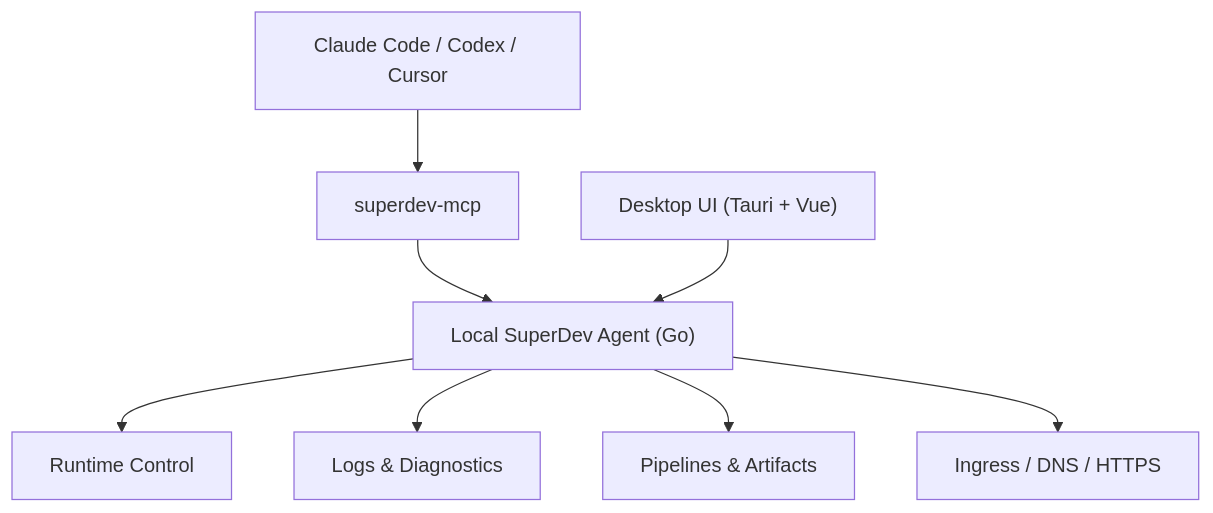
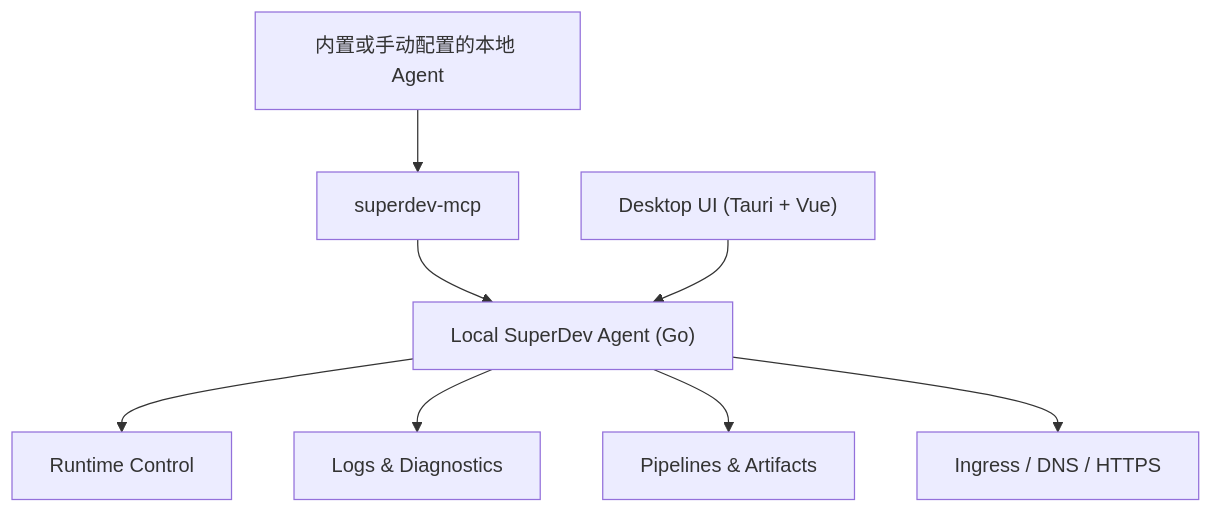
The diagram in README.zh-CN.md (Xsxdot/super-dev), drawn with Mermaid before and after one commit. The commit also changed other lines of this file and 31 other files, not shown here.

````diff
--- a/README.zh-CN.md
+++ b/README.zh-CN.md
@@ -128,10 +129,10 @@
 ```mermaid
 flowchart TB
-    AI["Claude Code / Codex / Cursor"] --> MCP["superdev-mcp"]
+    AI["内置或手动配置的本地 Agent"] --> MCP["superdev-mcp"]
     MCP --> Agent["Local SuperDev Agent (Go)"]
     Desktop["Desktop UI (Tauri + Vue)"] --> Agent
     Agent --> Runtime["Runtime Control"]
     Agent --> Logs["Logs & Diagnostics"]
     Agent --> Pipelines["Pipelines & Artifacts"]
     Agent --> Ingress["Ingress / DNS / HTTPS"]
 ```
````
